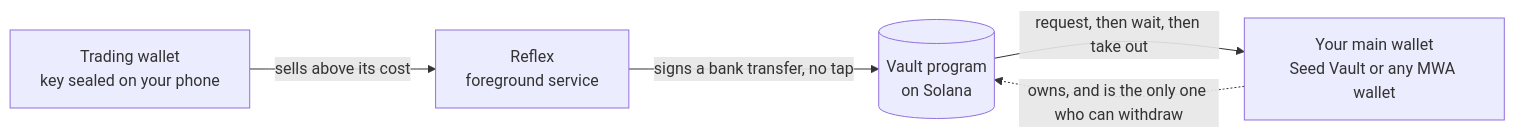
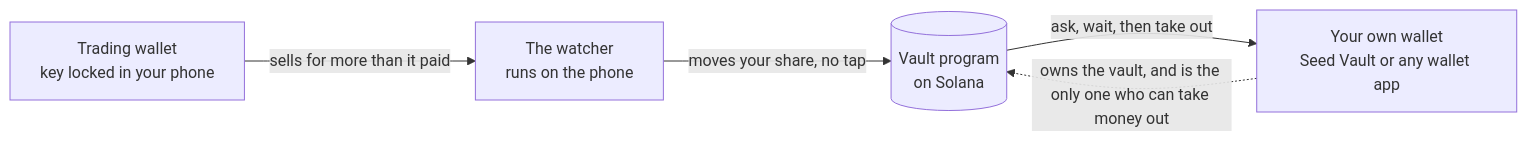
Before and after one commit to jenzylove/kept: the diagram in README.md, drawn with Mermaid. The commit also changed other lines of this file and 15 other files, not shown here.

````diff
--- a/README.md
+++ b/README.md
@@ -44,7 +48,7 @@
 ```mermaid
 flowchart LR
-  A[Trading wallet<br/>key sealed on your phone] -- "sells above its cost" --> B[Reflex<br/>foreground service]
-  B -- "signs a bank transfer, no tap" --> C[(Vault program<br/>on Solana)]
-  C -- "request, then wait, then take out" --> D[Your main wallet<br/>Seed Vault or any MWA wallet]
-  D -. "owns, and is the only one who can withdraw" .-> C
+  A[Trading wallet<br/>key locked in your phone] -- "sells for more than it paid" --> B[The watcher<br/>runs on the phone]
+  B -- "moves your share, no tap" --> C[(Vault program<br/>on Solana)]
+  C -- "ask, wait, then take out" --> D[Your own wallet<br/>Seed Vault or any wallet app]
+  D -. "owns the vault, and is the only one who can take money out" .-> C
 ```
````
